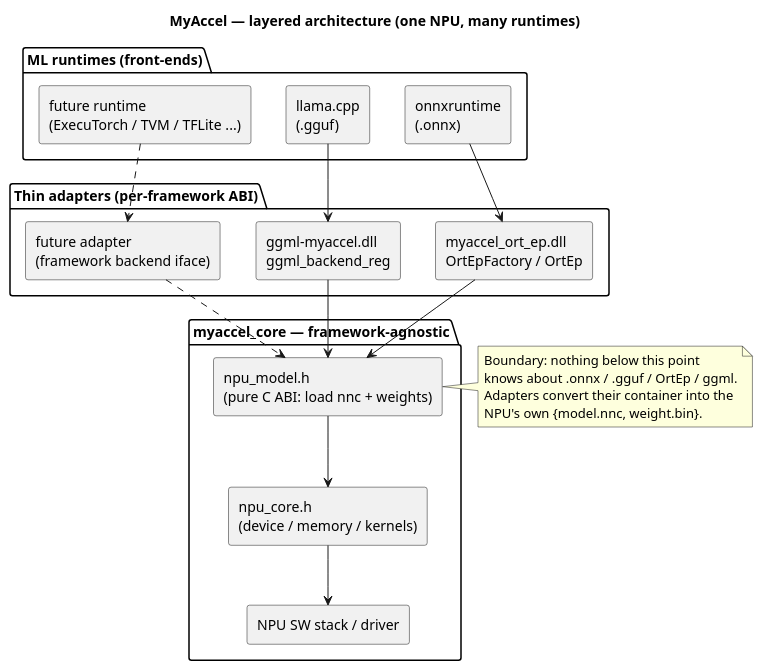
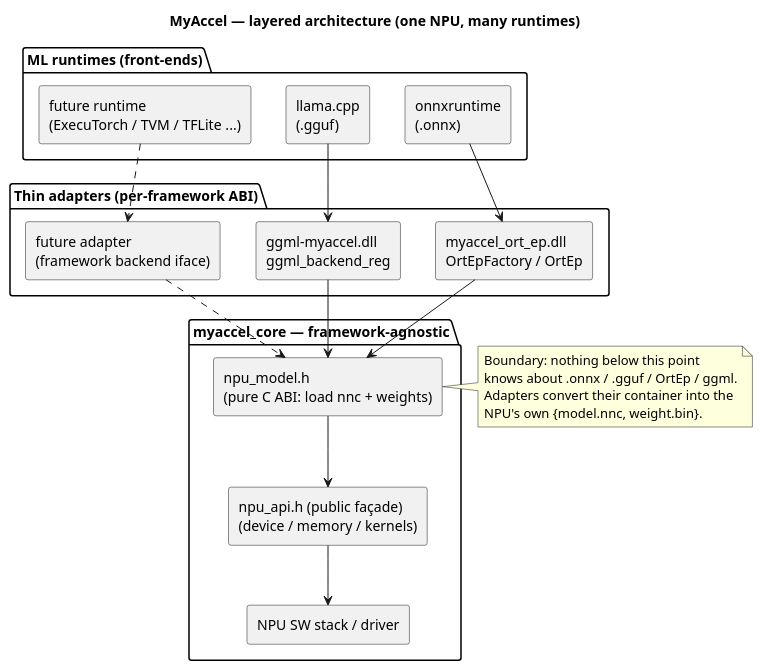
One commit to froginaz/onnxruntime changed the first of 6 diagrams in shared_backend/docs/design.puml. Above: the diagram before and after it, drawn with PlantUML. The commit also changed other lines of this file and 15 other files, not shown here.

First line of the commit message:
Add myaccel::npu public façade; adapters reach NPU only through it

```diff
--- a/shared_backend/docs/design.puml
+++ b/shared_backend/docs/design.puml
@@ -15,39 +15,39 @@
 @startuml architecture_overview
 title MyAccel — layered architecture (one NPU, many runtimes)
 skinparam componentStyle rectangle
 skinparam shadowing false
 
 package "ML runtimes (front-ends)" {
   [onnxruntime\n(.onnx)] as ORT
   [llama.cpp\n(.gguf)] as LLAMA
   [future runtime\n(ExecuTorch / TVM / TFLite ...)] as FUTURE
 }
 
 package "Thin adapters (per-framework ABI)" {
   [myaccel_ort_ep.dll\nOrtEpFactory / OrtEp] as EP
   [ggml-myaccel.dll\nggml_backend_reg] as GG
   [future adapter\n(framework backend iface)] as FA
 }
 
 package "myaccel_core — framework-agnostic" {
   [npu_model.h\n(pure C ABI: load nnc + weights)] as NPUMODEL
-  [npu_core.h\n(device / memory / kernels)] as NPUCORE
+  [npu_api.h (public façade)\n(device / memory / kernels)] as NPUCORE
   [NPU SW stack / driver] as SDK
 }
 
 ORT --> EP
 LLAMA --> GG
 FUTURE ..> FA
 EP --> NPUMODEL
 GG --> NPUMODEL
 FA ..> NPUMODEL
 NPUMODEL --> NPUCORE
 NPUCORE --> SDK
 
 note right of NPUMODEL
   Boundary: nothing below this point
   knows about .onnx / .gguf / OrtEp / ggml.
   Adapters convert their container into the
   NPU's own {model.nnc, weight.bin}.
 end note
 @enduml
```
